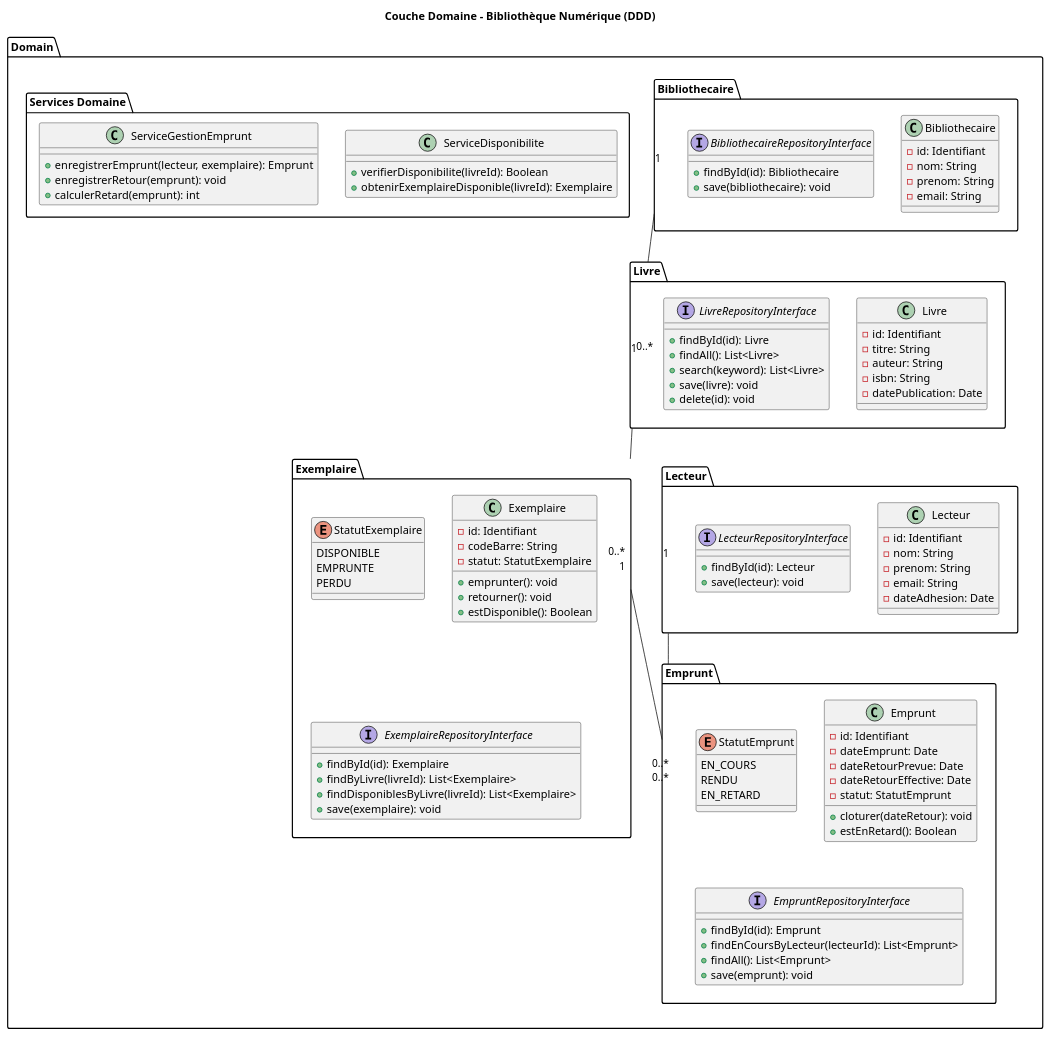
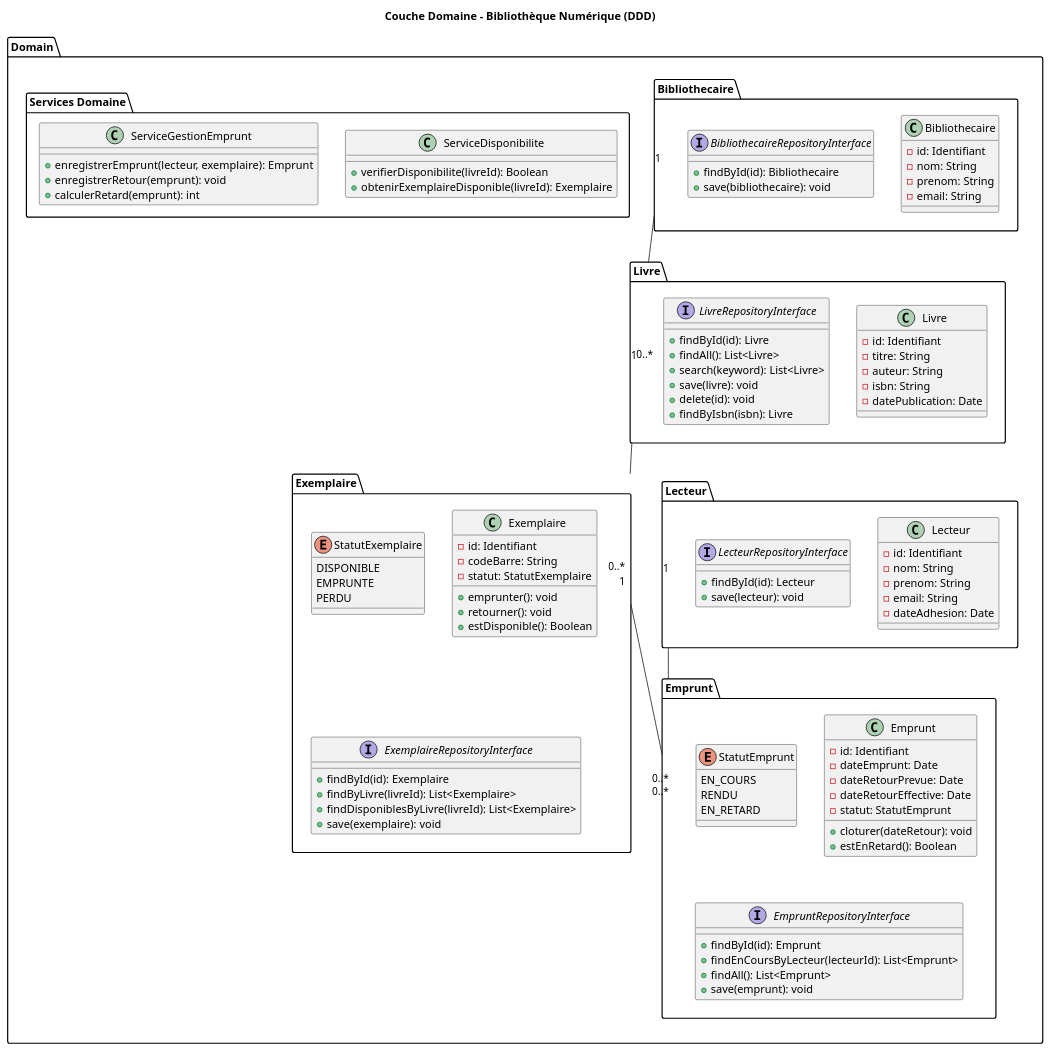
Before and after one commit to obame-sketch/bibliotheque-codex: the diagram in conception/digramme-classes/2 - Vue spécification/1 - domaine.puml, drawn with PlantUML. The commit also changed 21 other files, not shown here.

```diff
--- a/conception/digramme-classes/2 - Vue spécification/1 - domaine.puml
+++ b/conception/digramme-classes/2 - Vue spécification/1 - domaine.puml
@@ -1,113 +1,114 @@
 @startuml
 title "Couche Domaine - Bibliothèque Numérique (DDD)"
 
 package "Domain" {
 
   package "Livre" {
     class Livre {
       - id: Identifiant
       - titre: String
       - auteur: String
       - isbn: String
       - datePublication: Date
     }
     interface LivreRepositoryInterface {
       + findById(id): Livre
       + findAll(): List<Livre>
       + search(keyword): List<Livre>
       + save(livre): void
       + delete(id): void
+      + findByIsbn(isbn): Livre
     }
   }
 
   package "Exemplaire" {
     enum StatutExemplaire {
       DISPONIBLE
       EMPRUNTE
       PERDU
     }
     class Exemplaire {
       - id: Identifiant
       - codeBarre: String
       - statut: StatutExemplaire
       + emprunter(): void
       + retourner(): void
       + estDisponible(): Boolean
     }
     interface ExemplaireRepositoryInterface {
       + findById(id): Exemplaire
       + findByLivre(livreId): List<Exemplaire>
       + findDisponiblesByLivre(livreId): List<Exemplaire>
       + save(exemplaire): void
     }
   }
 
   package "Emprunt" {
     enum StatutEmprunt {
       EN_COURS
       RENDU
       EN_RETARD
     }
     class Emprunt {
       - id: Identifiant
       - dateEmprunt: Date
       - dateRetourPrevue: Date
       - dateRetourEffective: Date
       - statut: StatutEmprunt
       + cloturer(dateRetour): void
       + estEnRetard(): Boolean
     }
     interface EmpruntRepositoryInterface {
       + findById(id): Emprunt
       + findEnCoursByLecteur(lecteurId): List<Emprunt>
       + findAll(): List<Emprunt>
       + save(emprunt): void
     }
   }
 
   package "Lecteur" {
     class Lecteur {
       - id: Identifiant
       - nom: String
       - prenom: String
       - email: String
       - dateAdhesion: Date
     }
     interface LecteurRepositoryInterface {
       + findById(id): Lecteur
       + save(lecteur): void
     }
   }
 
   package "Bibliothecaire" {
     class Bibliothecaire {
       - id: Identifiant
       - nom: String
       - prenom: String
       - email: String
     }
     interface BibliothecaireRepositoryInterface {
       + findById(id): Bibliothecaire
       + save(bibliothecaire): void
     }
   }
 
   package "Services Domaine" {
     class ServiceDisponibilite {
       + verifierDisponibilite(livreId): Boolean
       + obtenirExemplaireDisponible(livreId): Exemplaire
     }
     class ServiceGestionEmprunt {
       + enregistrerEmprunt(lecteur, exemplaire): Emprunt
       + enregistrerRetour(emprunt): void
       + calculerRetard(emprunt): int
     }
   }
 
   ' Relations
   Livre "1" -- "0..*" Exemplaire
   Exemplaire "1" -- "0..*" Emprunt
   Lecteur "1" -- "0..*" Emprunt
   Bibliothecaire "1" -- "0..*" Livre
 }
 @enduml
```
